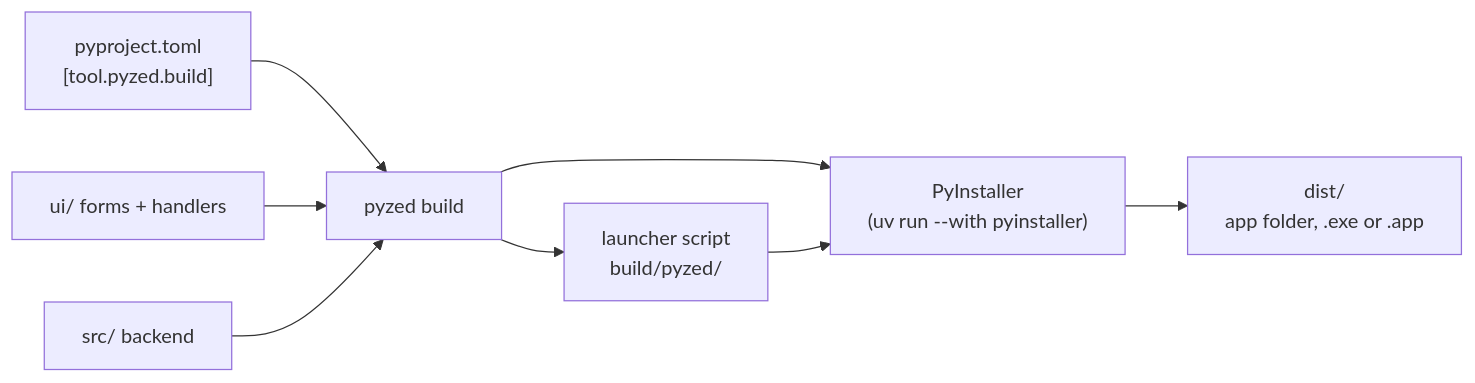
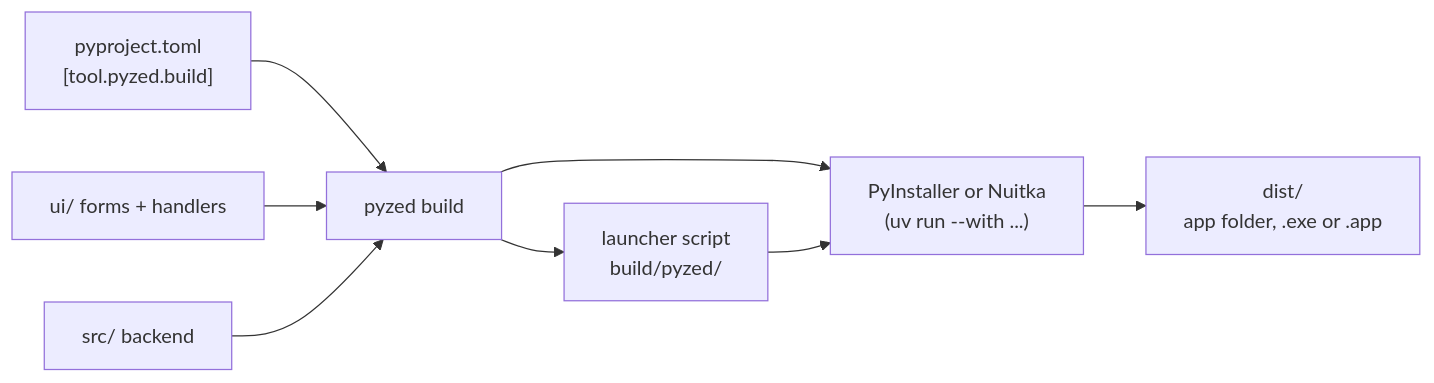
One commit to albakore/pyzed changed the diagram in docs/src/content/docs/packaging/build.mdx. Above: the diagram before and after it, drawn with Mermaid. The commit also changed other lines of this file and 29 other files, not shown here.

````diff
--- a/docs/src/content/docs/packaging/build.mdx
+++ b/docs/src/content/docs/packaging/build.mdx
@@ -67,10 +74,10 @@
 ```mermaid
 flowchart LR
     P["pyproject.toml<br/>[tool.pyzed.build]"] --> B["pyzed build"]
     U["ui/ forms + handlers"] --> B
     S["src/ backend"] --> B
     B --> L["launcher script<br/>build/pyzed/"]
-    B --> I["PyInstaller<br/>(uv run --with pyinstaller)"]
+    B --> I["PyInstaller or Nuitka<br/>(uv run --with ...)"]
     L --> I
     I --> D["dist/<br/>app folder, .exe or .app"]
 ```
````
